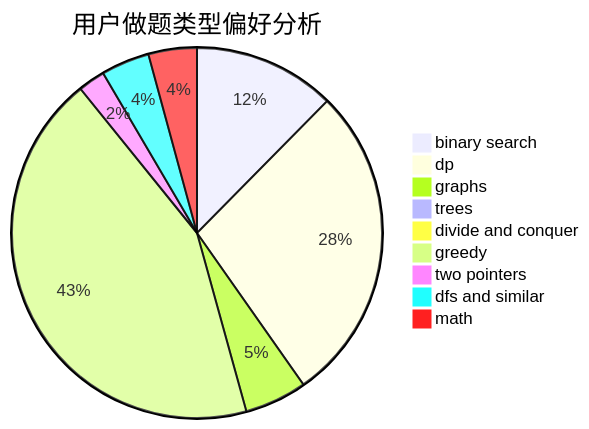
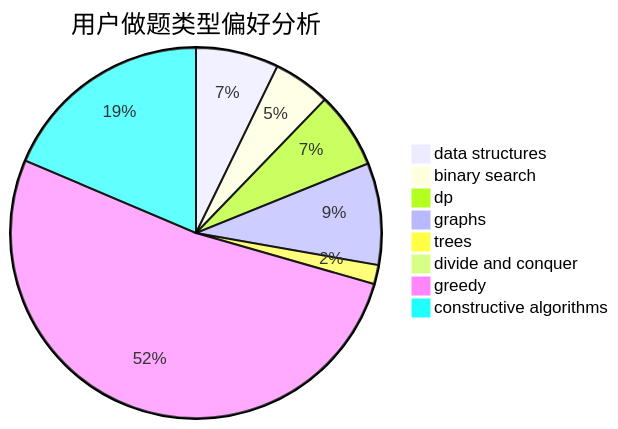
Before and after one commit to sherpahu/cfrs.github.io: the second of 3 diagrams in docs/user/u2480.md, drawn with Mermaid. The commit also changed other lines of this file and 2775 other files, not shown here.

````diff
--- a/docs/user/u2480.md
+++ b/docs/user/u2480.md
@@ -23,12 +23,11 @@
 ```mermaid
 pie title 用户做题类型偏好分析
-    "binary search" :  173
-    "dp" :  389
-    "graphs" :  76
-    "trees" :  11
+    "data structures" :  26
+    "binary search" :  18
+    "dp" :  24
+    "graphs" :  32
+    "trees" :  6
     "divide and conquer" :  0
-    "greedy" :  607
-    "two pointers" :  33
-    "dfs and similar" :  59
-    "math" :  59
+    "greedy" :  187
+    "constructive algorithms" :  67
 ```
````
